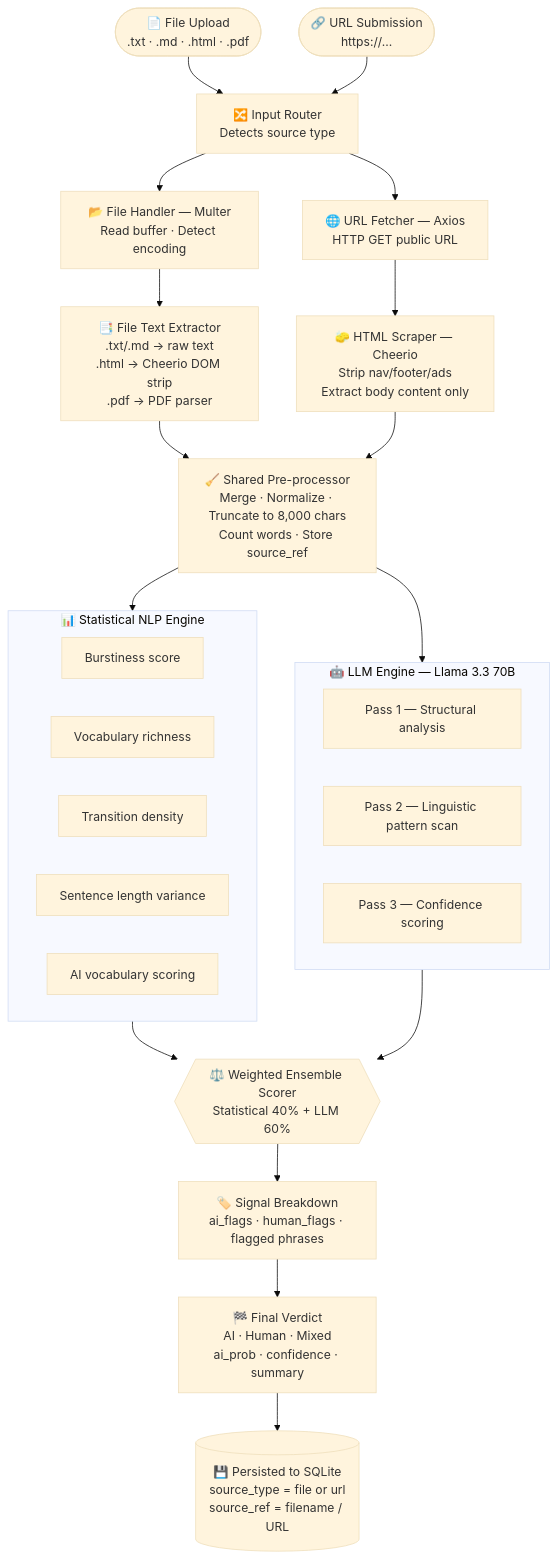
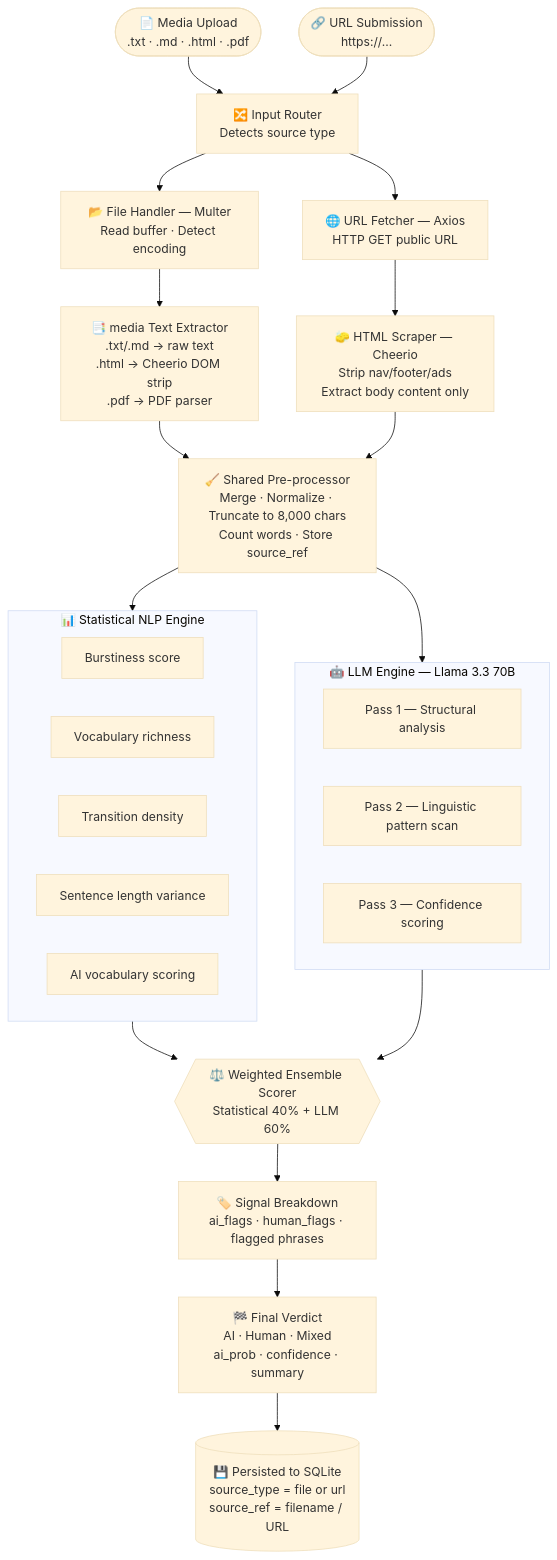
Before and after one commit to sania1006/Text_Detection: the fourth of 4 diagrams in README.md, drawn with Mermaid (base theme). The commit also changed other lines of this file, not shown here.

````diff
--- a/README.md
+++ b/README.md
@@ -155,38 +155,38 @@
 ```mermaid
 flowchart TD
-    A1([📄 File Upload\n.txt · .md · .html · .pdf]) --> IN["🔀 Input Router\nDetects source type"]
+    A1([📄 Media Upload\n.txt · .md · .html · .pdf]) --> IN["🔀 Input Router\nDetects source type"]
     A2([🔗 URL Submission\nhttps://...]) --> IN
 
     IN --> B1["📂 File Handler — Multer\nRead buffer · Detect encoding"]
     IN --> B2["🌐 URL Fetcher — Axios\nHTTP GET public URL"]
 
-    B1 --> C1["📑 File Text Extractor\n.txt/.md → raw text\n.html → Cheerio DOM strip\n.pdf → PDF parser"]
+    B1 --> C1["📑 media Text Extractor\n.txt/.md → raw text\n.html → Cheerio DOM strip\n.pdf → PDF parser"]
     B2 --> C2["🧽 HTML Scraper — Cheerio\nStrip nav/footer/ads\nExtract body content only"]
 
     C1 --> D["🧹 Shared Pre-processor\nMerge · Normalize · Truncate to 8,000 chars\nCount words · Store source_ref"]
     C2 --> D
 
     D --> E["📊 Statistical NLP Engine"]
     D --> F["🤖 LLM Engine — Groq\nLlama 3.3 70B"]
 
     subgraph E["📊 Statistical NLP Engine"]
         E1["Burstiness score"]
         E2["Vocabulary richness"]
         E3["Transition density"]
         E4["Sentence length variance"]
         E5["AI vocabulary scoring"]
     end
 
     subgraph F["🤖 LLM Engine — Llama 3.3 70B"]
         F1["Pass 1 — Structural analysis"]
         F2["Pass 2 — Linguistic pattern scan"]
         F3["Pass 3 — Confidence scoring"]
     end
 
     E --> G{{"⚖️ Weighted Ensemble Scorer\nStatistical 40% + LLM 60%"}}
     F --> G
 
     G --> H["🏷️ Signal Breakdown\nai_flags · human_flags · flagged phrases"]
     H --> I["🏁 Final Verdict\nAI · Human · Mixed\nai_prob · confidence · summary"]
     I --> J[("💾 Persisted to SQLite\nsource_type = file or url\nsource_ref = filename / URL")]
 ```
````
